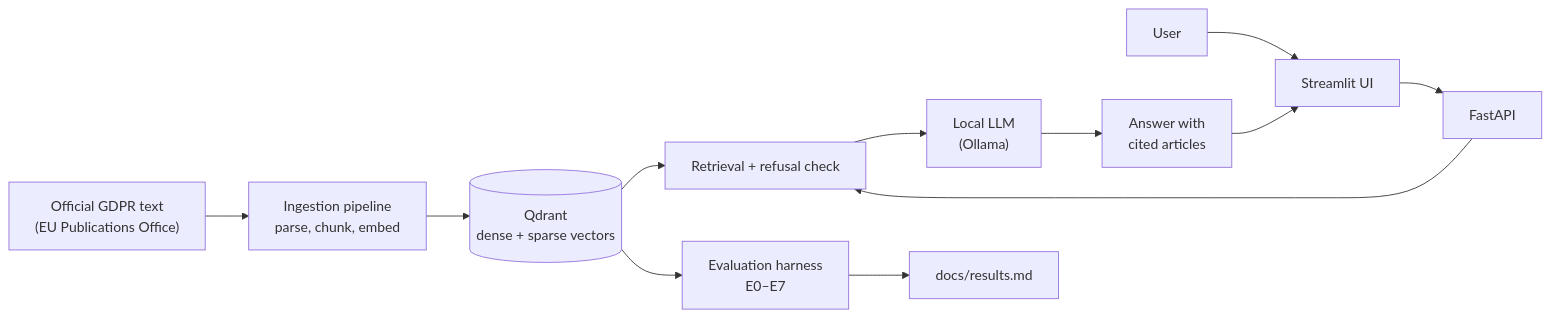
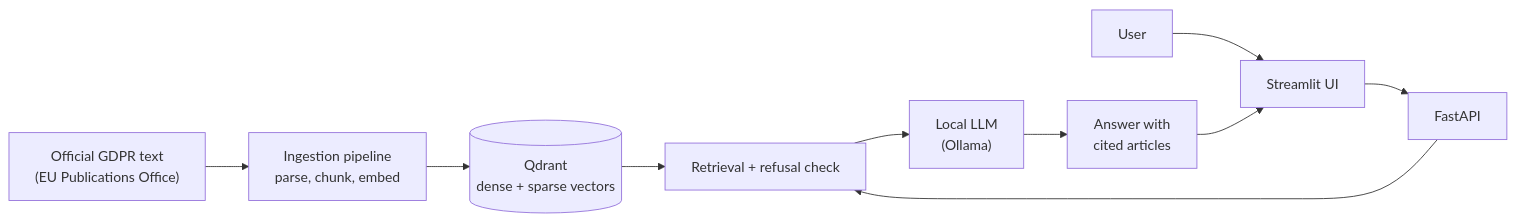
Before and after one commit to asmaelhadj/EuroLex-RAG: the first of 3 diagrams in README.md, drawn with Mermaid. The commit also changed other lines of this file, not shown here.

Commit message:
Keep only the system itself in the README diagrams

````diff
--- a/README.md
+++ b/README.md
@@ -42,12 +42,11 @@
 ```mermaid
 flowchart LR
     DOC["Official GDPR text<br/>(EU Publications Office)"] --> ING["Ingestion pipeline<br/>parse, chunk, embed"]
     ING --> QD[("Qdrant<br/>dense + sparse vectors")]
     USER["User"] --> UI["Streamlit UI"] --> API["FastAPI"]
     API --> SE["Retrieval + refusal check"]
     QD --> SE
     SE --> LLM["Local LLM<br/>(Ollama)"]
     LLM --> RESP["Answer with<br/>cited articles"]
     RESP --> UI
-    QD --> EVAL["Evaluation harness<br/>E0–E7"] --> RES["docs/results.md"]
 ```
````
